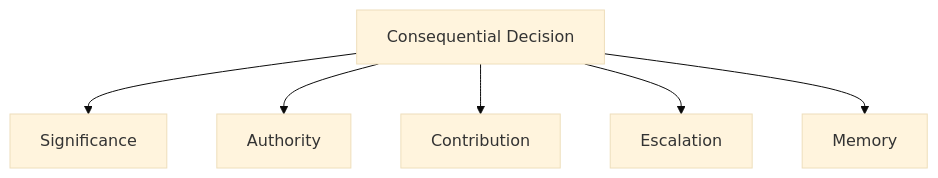
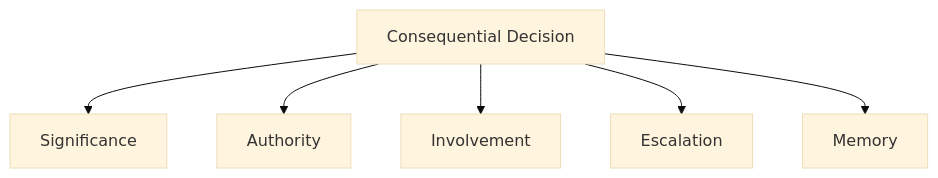
The first of 3 diagrams in _posts/2026-07-15-decision-rights.md (Pettersson-dev/Pettersson-dev.github.io), drawn with Mermaid (base theme) before and after one commit. The commit also changed other lines of this file, not shown here.

````diff
--- a/_posts/2026-07-15-decision-rights.md
+++ b/_posts/2026-07-15-decision-rights.md
@@ -210,15 +210,15 @@
 ```mermaid
 flowchart TD
     Decision["Consequential Decision"]
     Significance["Significance"]
     Authority["Authority"]
-    Contribution["Contribution"]
+    Involvement["Involvement"]
     Escalation["Escalation"]
     Memory["Memory"]
 
     Decision --> Significance
     Decision --> Authority
-    Decision --> Contribution
+    Decision --> Involvement
     Decision --> Escalation
     Decision --> Memory
 ```
````
